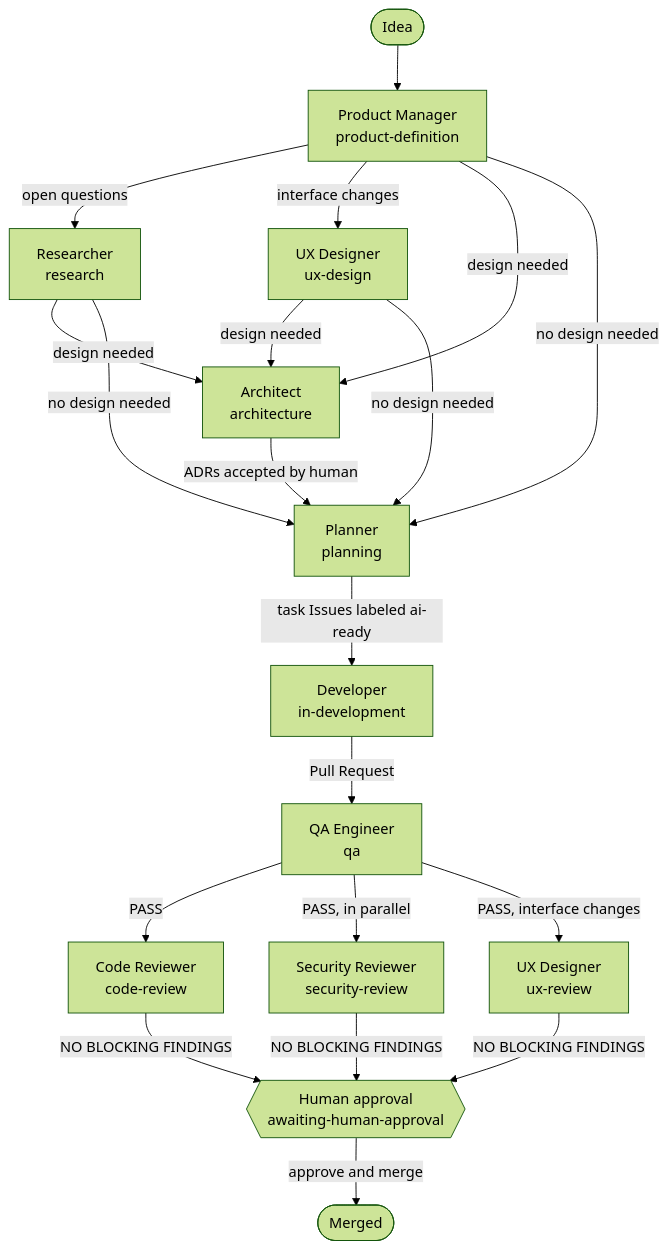
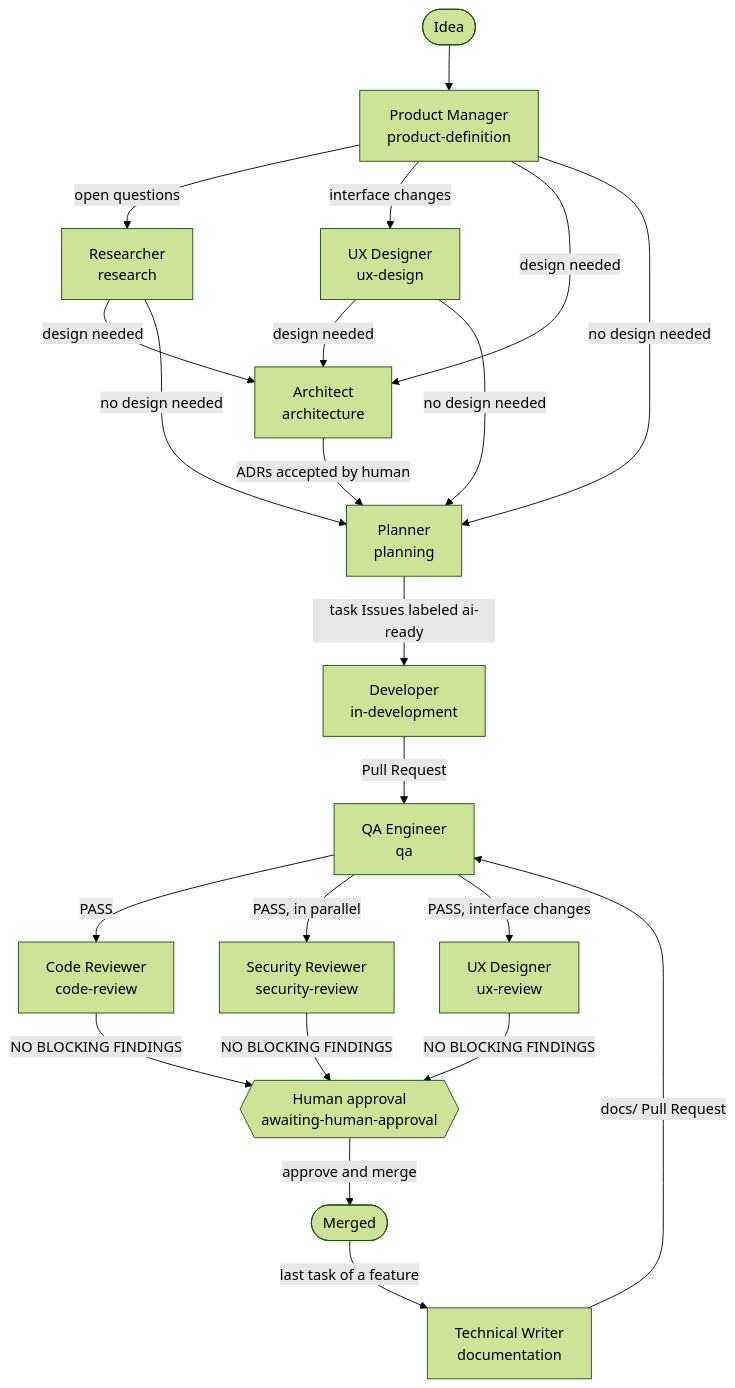
Before and after one commit to eliangilsierra/openhands-agent-team: the first of 5 diagrams in docs/workflow.md, drawn with Mermaid (forest theme). The commit also changed other lines of this file and 17 other files, not shown here.

First line of the commit message:
feat(agents): add the technical writer with the documentation stage

````diff
--- a/docs/workflow.md
+++ b/docs/workflow.md
@@ -14,22 +14,24 @@
 ```mermaid
 flowchart TD
     idea([Idea]) --> pm[Product Manager<br/>product-definition]
     pm -->|open questions| rs[Researcher<br/>research]
     pm -->|interface changes| ux[UX Designer<br/>ux-design]
     ux -->|design needed| ar
     ux -->|no design needed| pl
     pm -->|design needed| ar[Architect<br/>architecture]
     pm -->|no design needed| pl[Planner<br/>planning]
     rs -->|design needed| ar
     rs -->|no design needed| pl
     ar -->|ADRs accepted by human| pl
     pl -->|task Issues labeled ai-ready| dev[Developer<br/>in-development]
     dev -->|Pull Request| qa[QA Engineer<br/>qa]
     qa -->|PASS| cr[Code Reviewer<br/>code-review]
     qa -->|PASS, in parallel| sr[Security Reviewer<br/>security-review]
     qa -->|PASS, interface changes| uxr[UX Designer<br/>ux-review]
     cr -->|NO BLOCKING FINDINGS| ha{{Human approval<br/>awaiting-human-approval}}
     sr -->|NO BLOCKING FINDINGS| ha
     uxr -->|NO BLOCKING FINDINGS| ha
     ha -->|approve and merge| merged([Merged])
+    merged -->|last task of a feature| docs[Technical Writer<br/>documentation]
+    docs -->|docs/ Pull Request| qa
 ```
````
